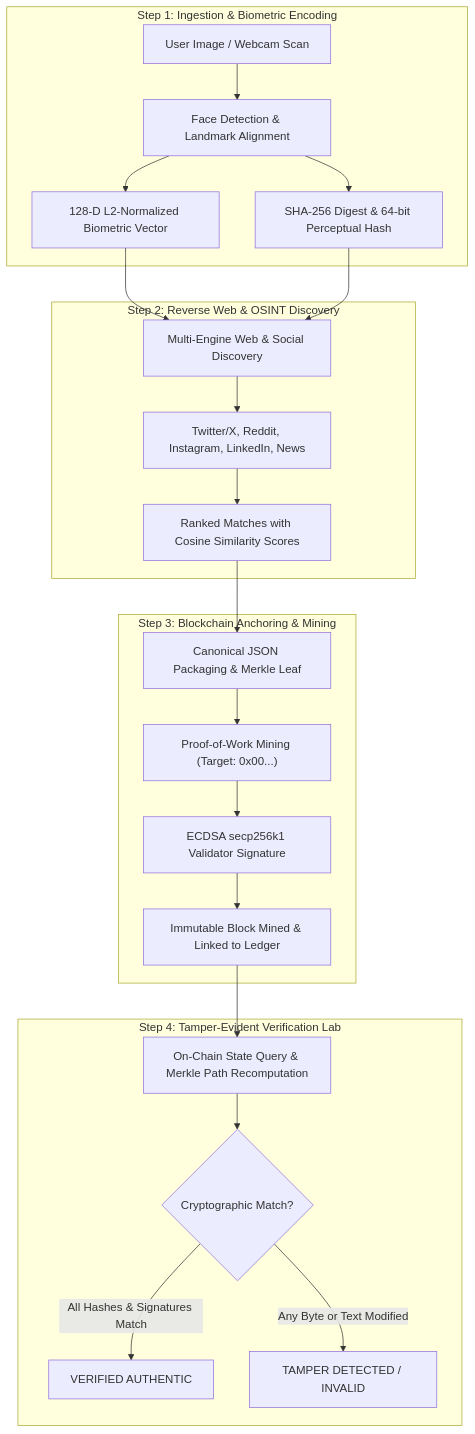
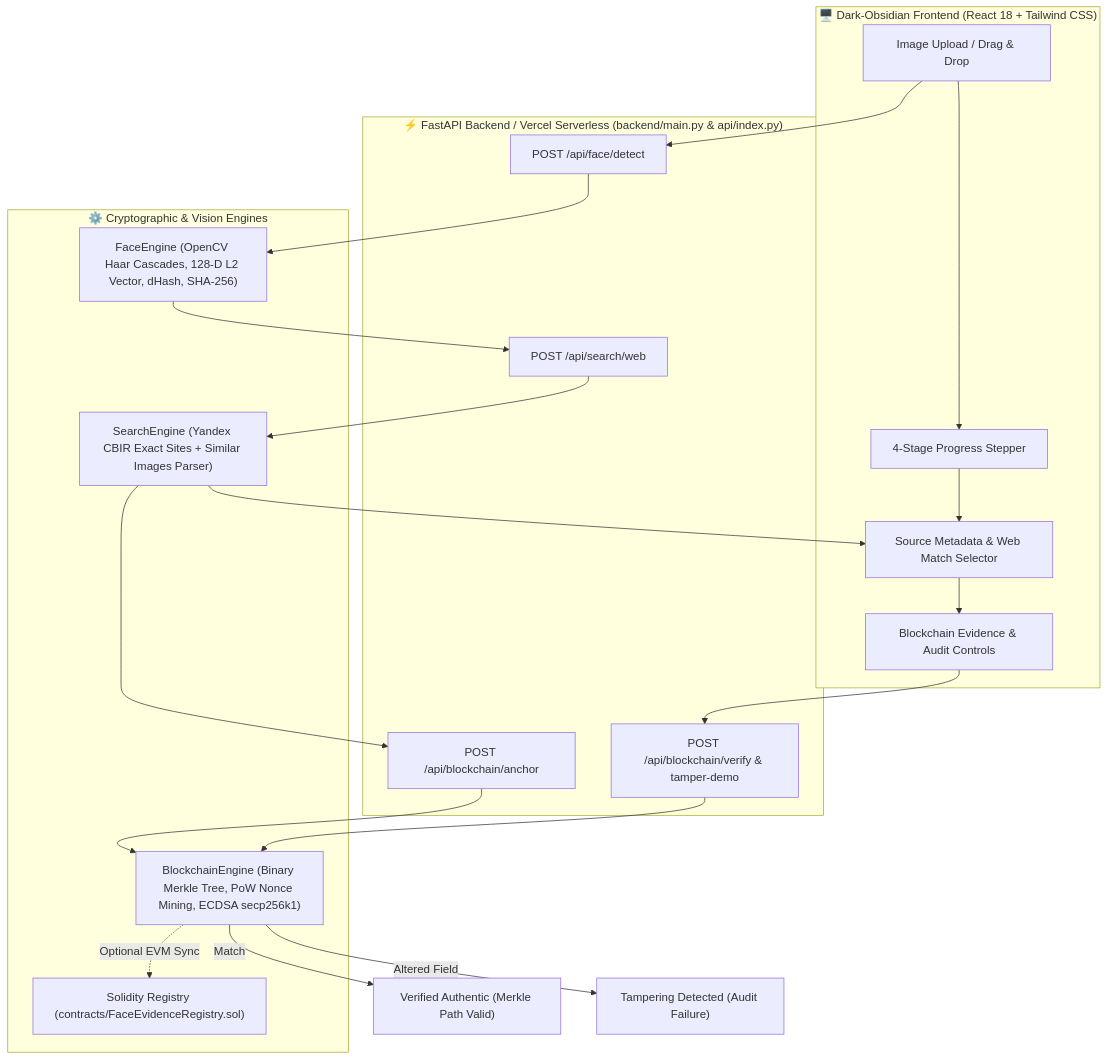
The diagram in README.md (harinarayana1457-cmyk/HHG-3-FaceLedger-Blockchain), drawn with Mermaid before and after one commit. The commit also changed other lines of this file, not shown here.

Commit message:
docs: update README for redesigned FaceLedger dark UI, Yandex CBIR search & Vercel serverless deployment

````diff
--- a/README.md
+++ b/README.md
@@ -64,28 +87,31 @@
 ```mermaid
 flowchart TD
-    subgraph INGESTION ["Step 1: Ingestion & Biometric Encoding"]
-        A["User Image / Webcam Scan"] --> B["Face Detection & Landmark Alignment"]
-        B --> C["128-D L2-Normalized Biometric Vector"]
-        B --> D["SHA-256 Digest & 64-bit Perceptual Hash"]
+    subgraph UI ["🖥️ Dark-Obsidian Frontend (React 18 + Tailwind CSS)"]
+        A["Image Upload / Drag & Drop"] --> B["4-Stage Progress Stepper"]
+        B --> C["Source Metadata & Web Match Selector"]
+        C --> D["Blockchain Evidence & Audit Controls"]
     end
 
-    subgraph DISCOVERY ["Step 2: Reverse Web & OSINT Discovery"]
-        C & D --> E["Multi-Engine Web & Social Discovery"]
-        E --> F["Twitter/X, Reddit, Instagram, LinkedIn, News"]
-        F --> G["Ranked Matches with Cosine Similarity Scores"]
+    subgraph API ["⚡ FastAPI Backend / Vercel Serverless (backend/main.py & api/index.py)"]
+        E1["POST /api/face/detect"]
+        E2["POST /api/search/web"]
+        E3["POST /api/blockchain/anchor"]
+        E4["POST /api/blockchain/verify & tamper-demo"]
     end
 
-    subgraph BLOCKCHAIN ["Step 3: Blockchain Anchoring & Mining"]
-        G --> H["Canonical JSON Packaging & Merkle Leaf"]
-        H --> I["Proof-of-Work Mining (Target: 0x00...)"]
-        I --> J["ECDSA secp256k1 Validator Signature"]
-        J --> K["Immutable Block Mined & Linked to Ledger"]
+    subgraph CORE ["⚙️ Cryptographic & Vision Engines"]
+        F1["FaceEngine (OpenCV Haar Cascades, 128-D L2 Vector, dHash, SHA-256)"]
+        F2["SearchEngine (Yandex CBIR Exact Sites + Similar Images Parser)"]
+        F3["BlockchainEngine (Binary Merkle Tree, PoW Nonce Mining, ECDSA secp256k1)"]
+        F4["Solidity Registry (contracts/FaceEvidenceRegistry.sol)"]
     end
 
-    subgraph VERIFICATION ["Step 4: Tamper-Evident Verification Lab"]
-        K --> L["On-Chain State Query & Merkle Path Recomputation"]
-        L --> M{"Cryptographic Match?"}
-        M -->|All Hashes & Signatures Match| N["VERIFIED AUTHENTIC"]
-        M -->|Any Byte or Text Modified| O["TAMPER DETECTED / INVALID"]
-    end
+    A --> E1 --> F1
+    F1 --> E2 --> F2
+    F2 --> C
+    F2 --> E3 --> F3
+    F3 -.Optional EVM Sync.-> F4
+    D --> E4 --> F3
+    F3 -->|Match| V1["Verified Authentic (Merkle Path Valid)"]
+    F3 -->|Altered Field| V2["Tampering Detected (Audit Failure)"]
 ```
````
